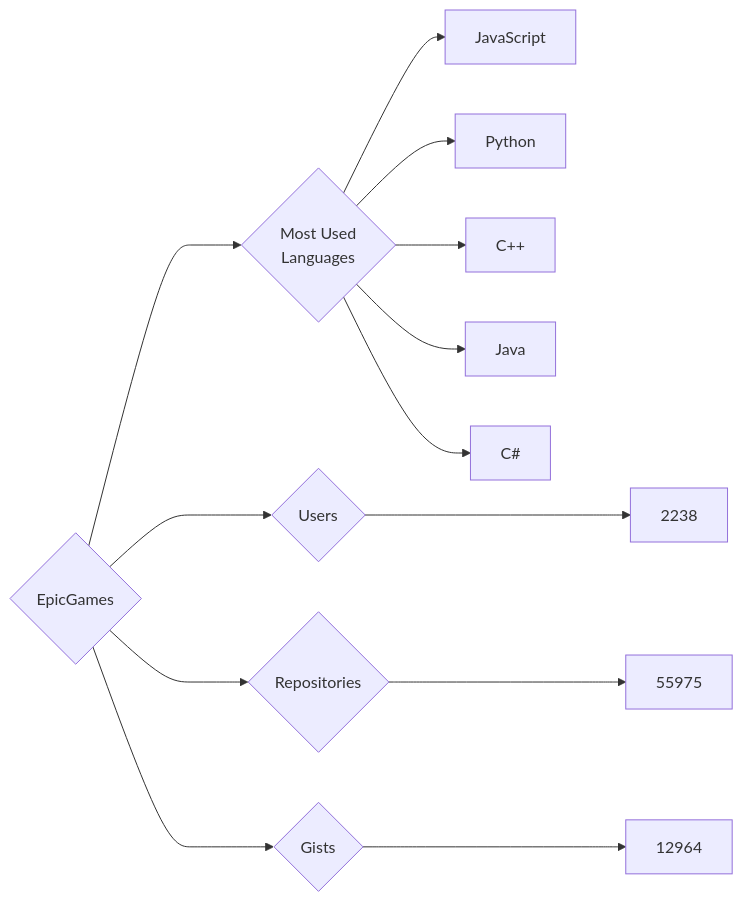
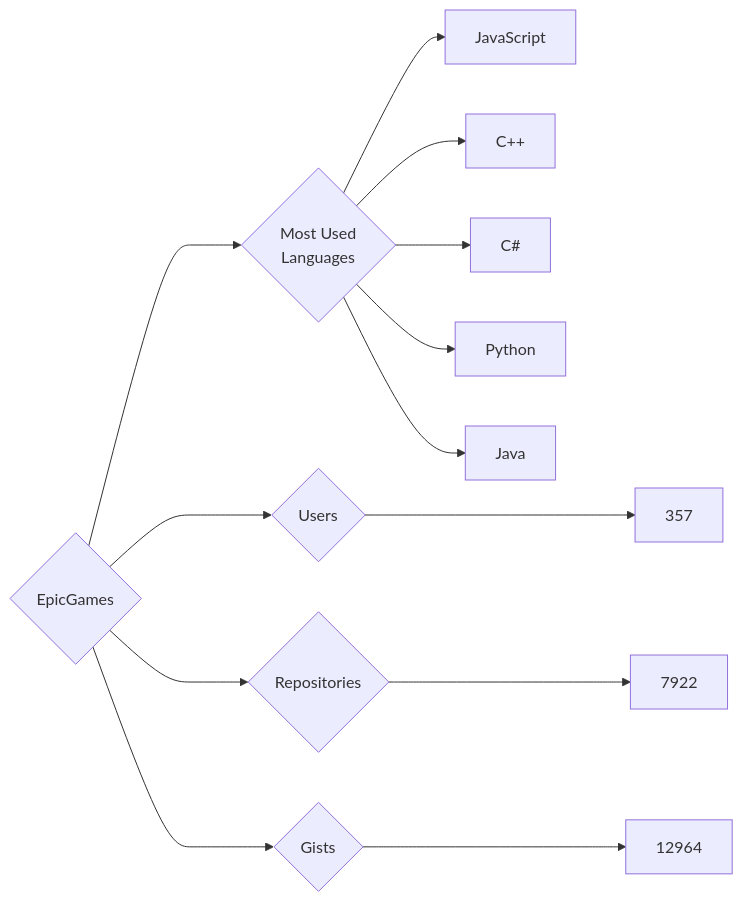
The diagram in targets/EpicGames/README.md (trickest/insiders), drawn with Mermaid before and after one commit. The commit also changed 681 other files, not shown here.

````diff
--- a/targets/EpicGames/README.md
+++ b/targets/EpicGames/README.md
@@ -3,13 +3,13 @@
 ```mermaid
 graph LR
 COMPANY_NAME{EpicGames}
-COMPANY_NAME ---> U{Users} ---> UN[2238]
-COMPANY_NAME ---> R{Repositories} ---> RN[55975]
+COMPANY_NAME ---> U{Users} ---> UN[357]
+COMPANY_NAME ---> R{Repositories} ---> RN[7922]
 COMPANY_NAME ---> G{Gists} ---> GN[12964]
 COMPANY_NAME ---> ML{Most Used<br>Languages}
 ML --> JavaScript[JavaScript]
+ML --> C++[C++]
+ML --> C#[C#]
 ML --> Python[Python]
-ML --> C++[C++]
 ML --> Java[Java]
-ML --> C#[C#]
 ```
````
